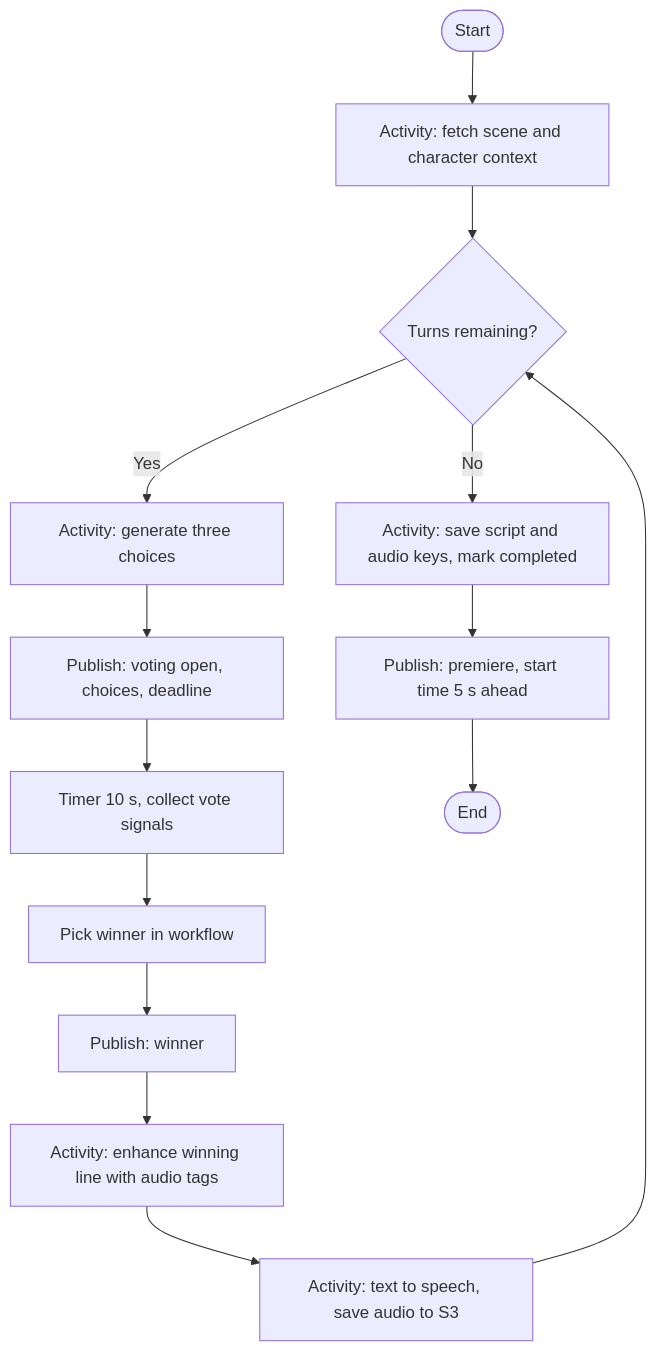
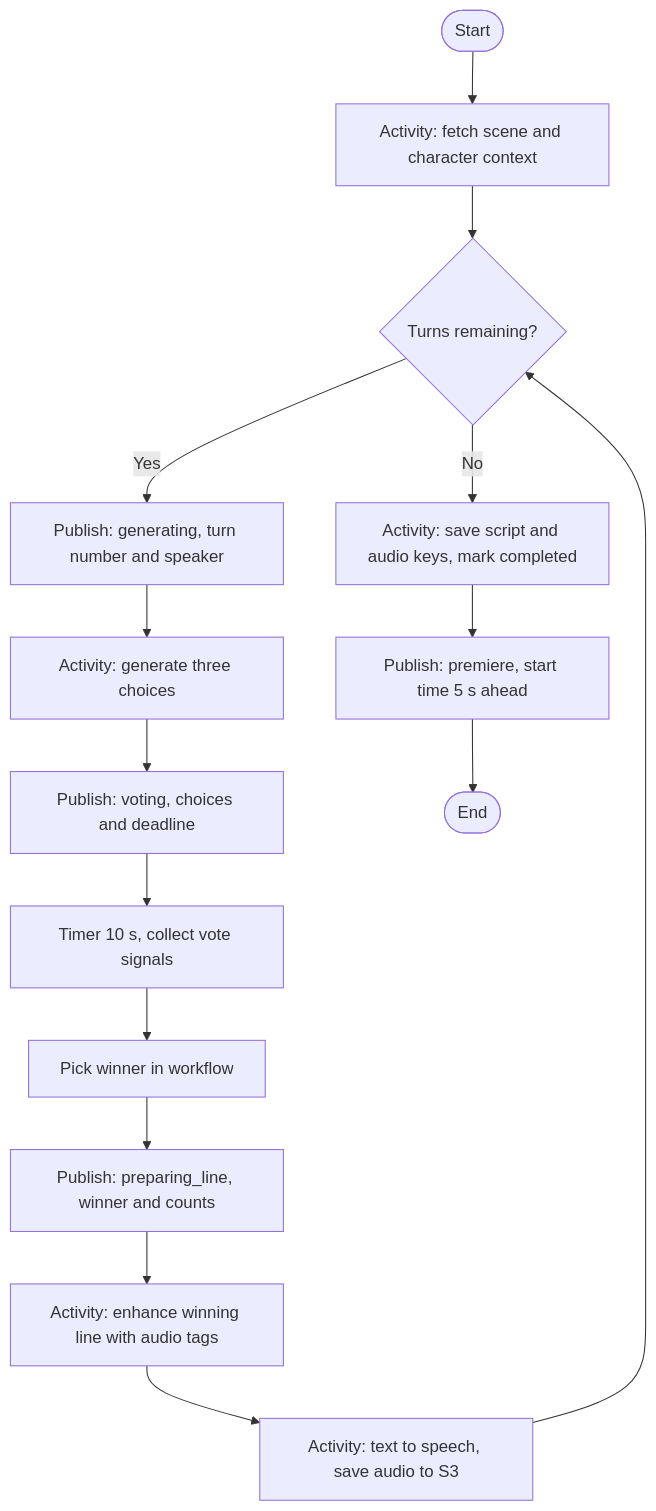
One commit to conghan-tay/MonsterTheatre_01 changed the second of 3 diagrams in docs/system-design.md. Above: the diagram before and after it, drawn with Mermaid. The commit also changed other lines of this file, not shown here.

Commit message:
Add publish box

````diff
--- a/docs/system-design.md
+++ b/docs/system-design.md
@@ -95,16 +95,17 @@
 ```mermaid
 flowchart TD
     Start([Start]) --> Fetch[Activity: fetch scene and character context]
     Fetch --> Loop{"Turns remaining?"}
-    Loop -->|Yes| Gen[Activity: generate three choices]
-    Gen --> Open[Publish: voting open, choices, deadline]
+    Loop -->|Yes| Turn[Publish: generating, turn number and speaker]
+    Turn --> Gen[Activity: generate three choices]
+    Gen --> Open[Publish: voting, choices and deadline]
     Open --> Wait[Timer 10 s, collect vote signals]
     Wait --> Pick[Pick winner in workflow]
-    Pick --> Won[Publish: winner]
+    Pick --> Won[Publish: preparing_line, winner and counts]
     Won --> Tag[Activity: enhance winning line with audio tags]
     Tag --> Speak[Activity: text to speech, save audio to S3]
     Speak --> Loop
     Loop -->|No| Save[Activity: save script and audio keys, mark completed]
     Save --> Prem[Publish: premiere, start time 5 s ahead]
     Prem --> End([End])
 ```
````
